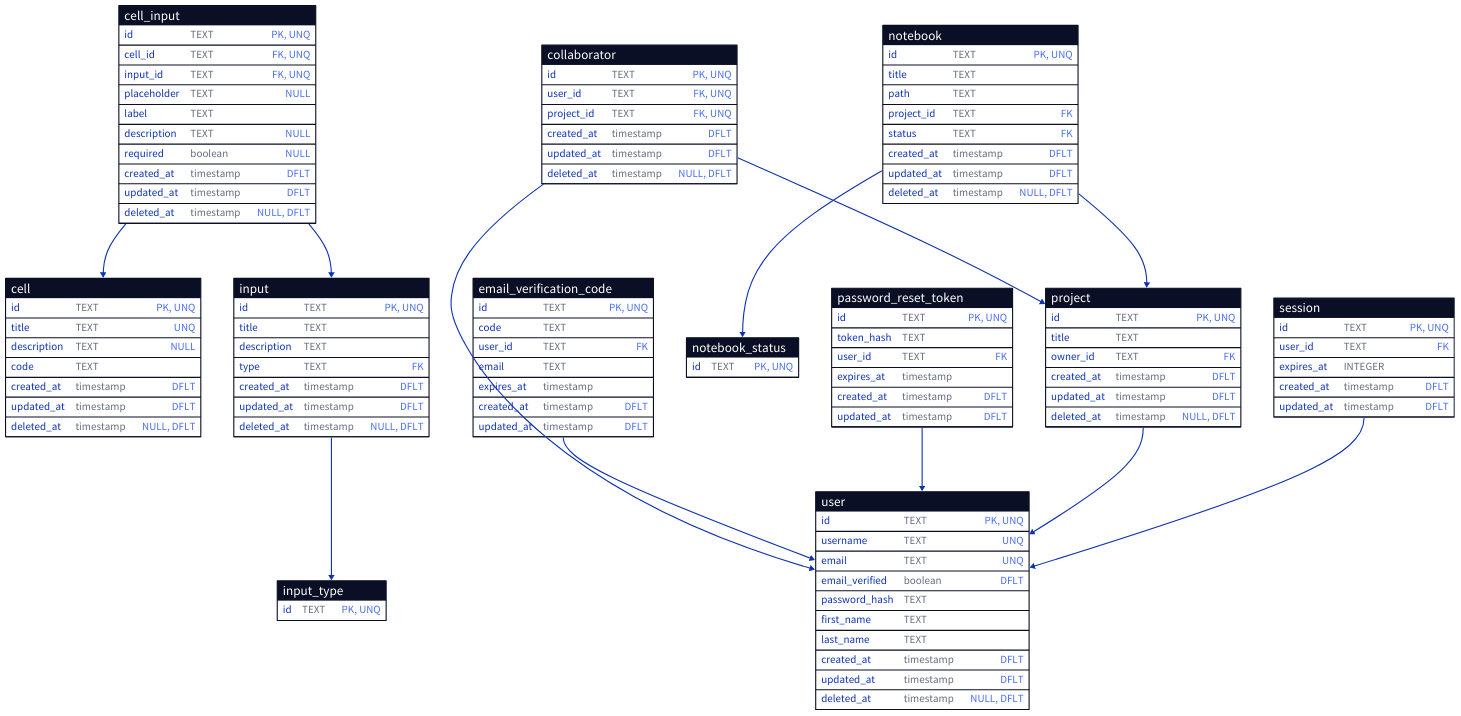
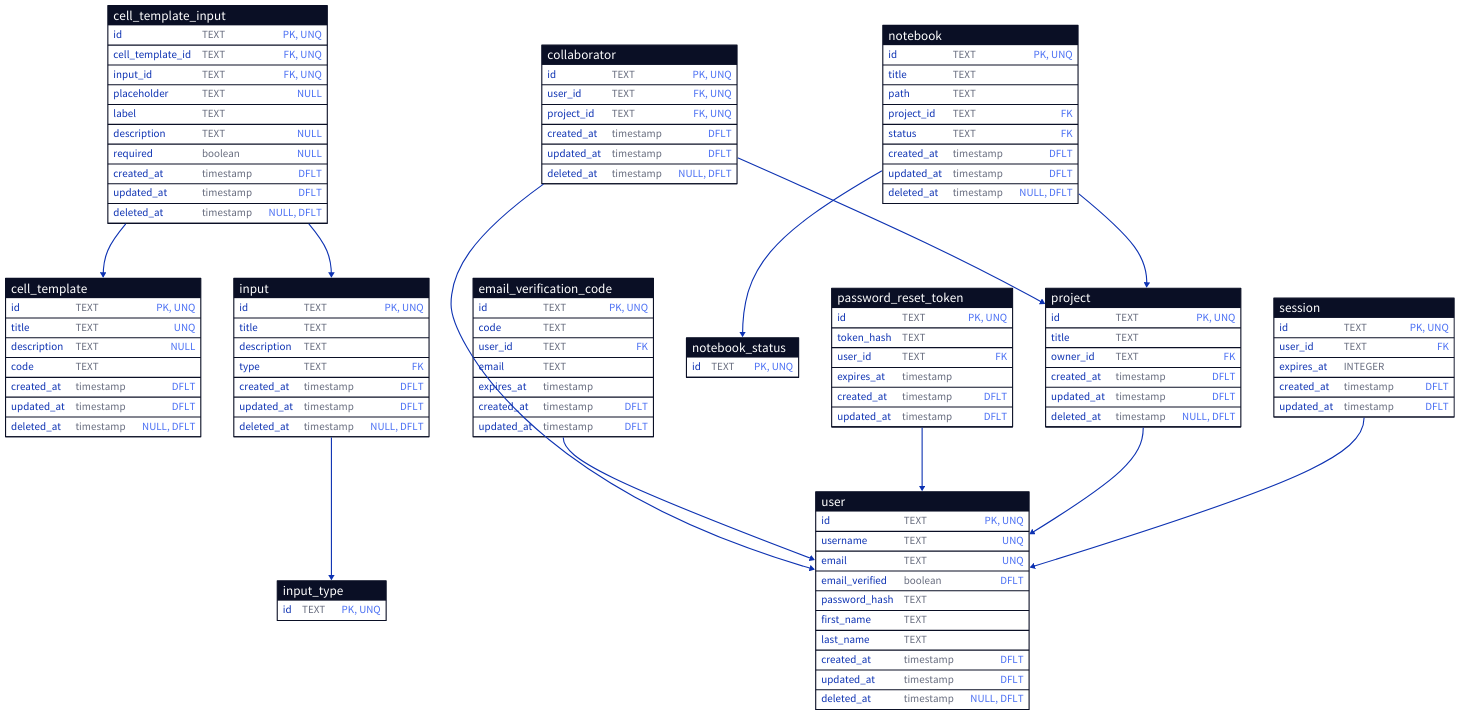
One commit to lucaschultz/datadive changed the diagram in thesis/img/diagrams/tenant-database-schema.d2. Above: the diagram before and after it, drawn with D2. The commit also changed 21 other files, not shown here.

```diff
--- a/thesis/img/diagrams/tenant-database-schema.d2
+++ b/thesis/img/diagrams/tenant-database-schema.d2
@@ -1,155 +1,155 @@
-cell: {
+cell_template: {
   shape: sql_table
 
   "id": TEXT { constraint: [primary_key; unique] }
   "title": TEXT { constraint: [unique] }
   "description": TEXT { constraint: ["NULL"] }
   "code": TEXT { constraint: [] }
   "created_at": timestamp { constraint: [DFLT] }
   "updated_at": timestamp { constraint: [DFLT] }
   "deleted_at": timestamp { constraint: ["NULL"; DFLT] }
 }
 
-cell_input: {
+cell_template_input: {
   shape: sql_table
 
   "id": TEXT { constraint: [primary_key; unique] }
-  "cell_id": TEXT { constraint: [foreign_key; unique] }
+  "cell_template_id": TEXT { constraint: [foreign_key; unique] }
   "input_id": TEXT { constraint: [foreign_key; unique] }
   "placeholder": TEXT { constraint: ["NULL"] }
   "label ": TEXT { constraint: [] }
   "description": TEXT { constraint: ["NULL"] }
   "required": boolean { constraint: ["NULL"] }
   "created_at": timestamp { constraint: [DFLT] }
   "updated_at": timestamp { constraint: [DFLT] }
   "deleted_at": timestamp { constraint: ["NULL"; DFLT] }
 }
 
-cell_input.cell_id -> cell.id
+cell_template_input.cell_template_id -> cell_template.id
 
-cell_input.input_id -> input.id
+cell_template_input.input_id -> input.id
 
 collaborator: {
   shape: sql_table
 
   "id": TEXT { constraint: [primary_key; unique] }
   "user_id": TEXT { constraint: [foreign_key; unique] }
   "project_id": TEXT { constraint: [foreign_key; unique] }
   "created_at": timestamp { constraint: [DFLT] }
   "updated_at": timestamp { constraint: [DFLT] }
   "deleted_at": timestamp { constraint: ["NULL"; DFLT] }
 }
 
 collaborator.project_id -> project.id
 
 collaborator.user_id -> user.id
 
 email_verification_code: {
   shape: sql_table
 
   "id": TEXT { constraint: [primary_key; unique] }
   "code": TEXT { constraint: [] }
   "user_id": TEXT { constraint: [foreign_key] }
   "email": TEXT { constraint: [] }
   "expires_at": timestamp { constraint: [] }
   "created_at": timestamp { constraint: [DFLT] }
   "updated_at": timestamp { constraint: [DFLT] }
 }
 
 email_verification_code.user_id -> user.id
 
 input: {
   shape: sql_table
 
   "id": TEXT { constraint: [primary_key; unique] }
   "title": TEXT { constraint: [] }
   "description": TEXT { constraint: [] }
   "type": TEXT { constraint: [foreign_key] }
   "created_at": timestamp { constraint: [DFLT] }
   "updated_at": timestamp { constraint: [DFLT] }
   "deleted_at": timestamp { constraint: ["NULL"; DFLT] }
 }
 
 input.type -> input_type.id
 
 input_type: {
   shape: sql_table
 
   "id": TEXT { constraint: [primary_key; unique] }
 }
 
 notebook: {
   shape: sql_table
 
   "id": TEXT { constraint: [primary_key; unique] }
   "title": TEXT { constraint: [] }
   "path": TEXT { constraint: [] }
   "project_id": TEXT { constraint: [foreign_key] }
   "status": TEXT { constraint: [foreign_key] }
   "created_at": timestamp { constraint: [DFLT] }
   "updated_at": timestamp { constraint: [DFLT] }
   "deleted_at": timestamp { constraint: ["NULL"; DFLT] }
 }
 
 notebook.project_id -> project.id
 
 notebook.status -> notebook_status.id
 
 notebook_status: {
   shape: sql_table
 
   "id": TEXT { constraint: [primary_key; unique] }
 }
 
 password_reset_token: {
   shape: sql_table
 
   "id": TEXT { constraint: [primary_key; unique] }
   "token_hash": TEXT { constraint: [] }
   "user_id": TEXT { constraint: [foreign_key] }
   "expires_at": timestamp { constraint: [] }
   "created_at": timestamp { constraint: [DFLT] }
   "updated_at": timestamp { constraint: [DFLT] }
 }
 
 password_reset_token.user_id -> user.id
 
 project: {
   shape: sql_table
 
   "id": TEXT { constraint: [primary_key; unique] }
   "title": TEXT { constraint: [] }
   "owner_id": TEXT { constraint: [foreign_key] }
   "created_at": timestamp { constraint: [DFLT] }
   "updated_at": timestamp { constraint: [DFLT] }
   "deleted_at": timestamp { constraint: ["NULL"; DFLT] }
 }
 
 project.owner_id -> user.id
 
 session: {
   shape: sql_table
 
   "id": TEXT { constraint: [primary_key; unique] }
   "user_id": TEXT { constraint: [foreign_key] }
   "expires_at": INTEGER { constraint: [] }
   "created_at": timestamp { constraint: [DFLT] }
   "updated_at": timestamp { constraint: [DFLT] }
 }
 
 session.user_id -> user.id
 
 user: {
   shape: sql_table
 
   "id": TEXT { constraint: [primary_key; unique] }
   "username": TEXT { constraint: [unique] }
   "email": TEXT { constraint: [unique] }
   "email_verified": boolean { constraint: [DFLT] }
   "password_hash": TEXT { constraint: [] }
   "first_name": TEXT { constraint: [] }
   "last_name": TEXT { constraint: [] }
   "created_at": timestamp { constraint: [DFLT] }
   "updated_at": timestamp { constraint: [DFLT] }
   "deleted_at": timestamp { constraint: ["NULL"; DFLT] }
 }
```
